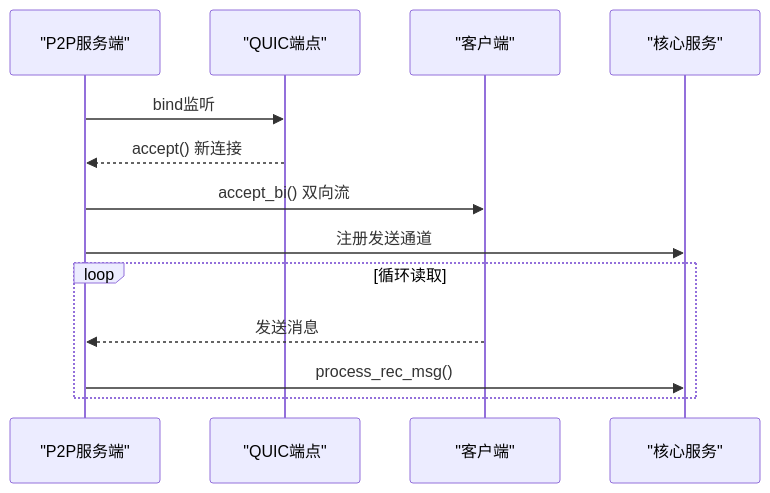
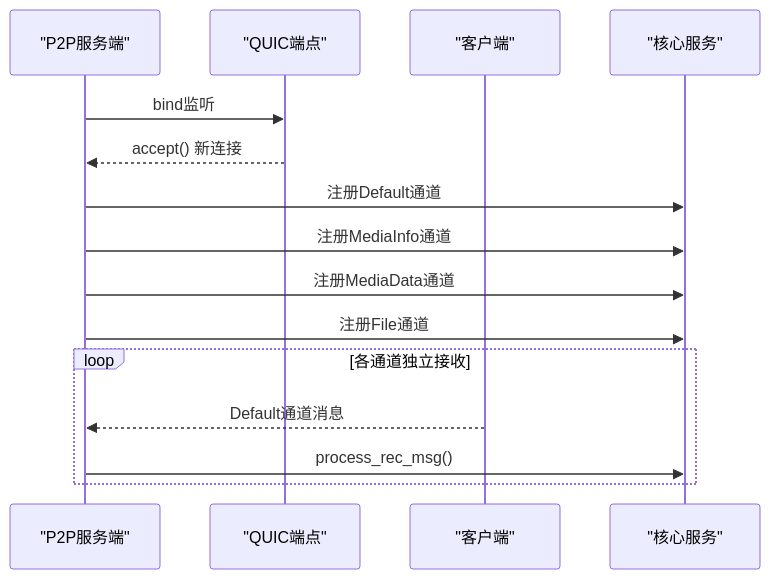
The seventh of 13 diagrams in .qoder/repowiki/zh/content/后端服务/P2P服务.md (nicolastinger/only-talk-app), drawn with Mermaid before and after one commit. The commit also changed other lines of this file and 12 other files, not shown here.

````diff
--- a/.qoder/repowiki/zh/content/后端服务/P2P服务.md
+++ b/.qoder/repowiki/zh/content/后端服务/P2P服务.md
@@ -269,15 +341,17 @@
 ```mermaid
 sequenceDiagram
 participant SRV as "P2P服务端"
 participant EP as "QUIC端点"
 participant CLI as "客户端"
 participant CORE as "核心服务"
 SRV->>EP : bind监听
 EP-->>SRV : accept() 新连接
-SRV->>CLI : accept_bi() 双向流
-SRV->>CORE : 注册发送通道
-loop 循环读取
-CLI-->>SRV : 发送消息
+SRV->>CORE : 注册Default通道
+SRV->>CORE : 注册MediaInfo通道
+SRV->>CORE : 注册MediaData通道
+SRV->>CORE : 注册File通道
+loop 各通道独立接收
+CLI-->>SRV : Default通道消息
 SRV->>CORE : process_rec_msg()
 end
 ```
````
